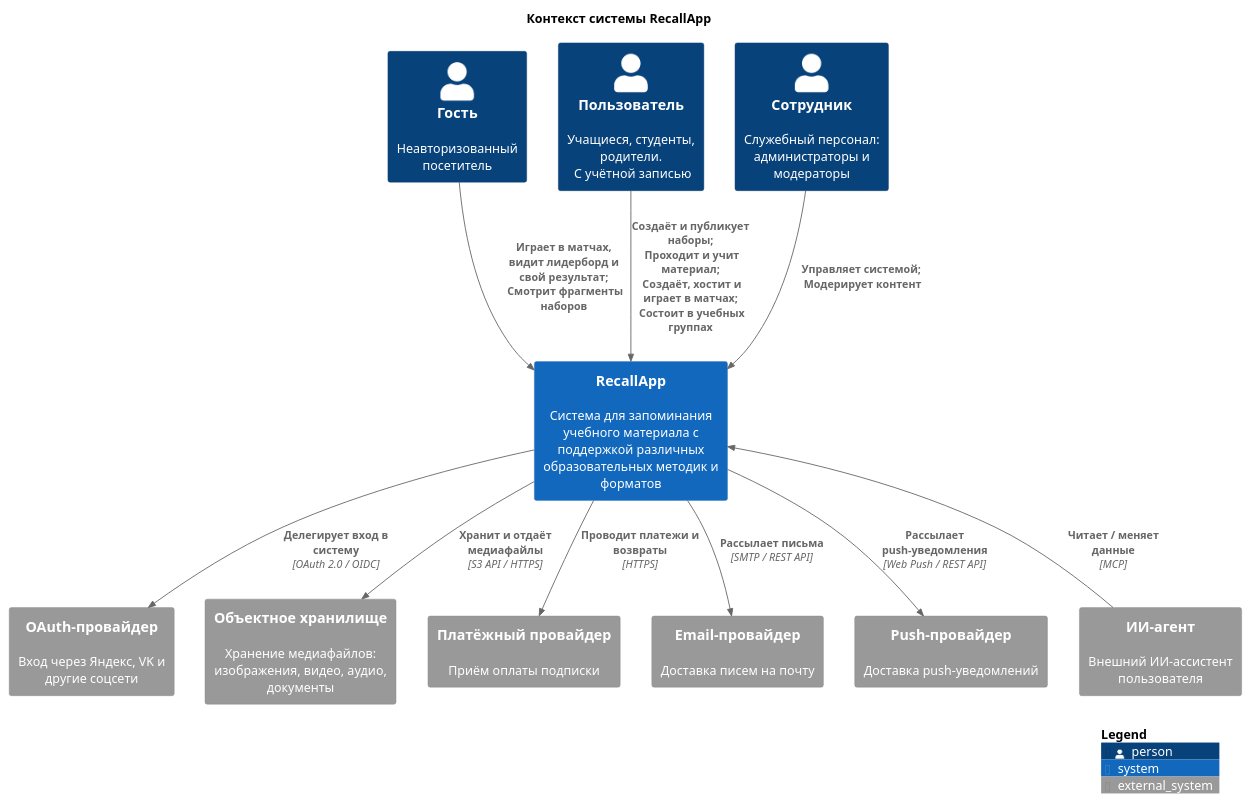
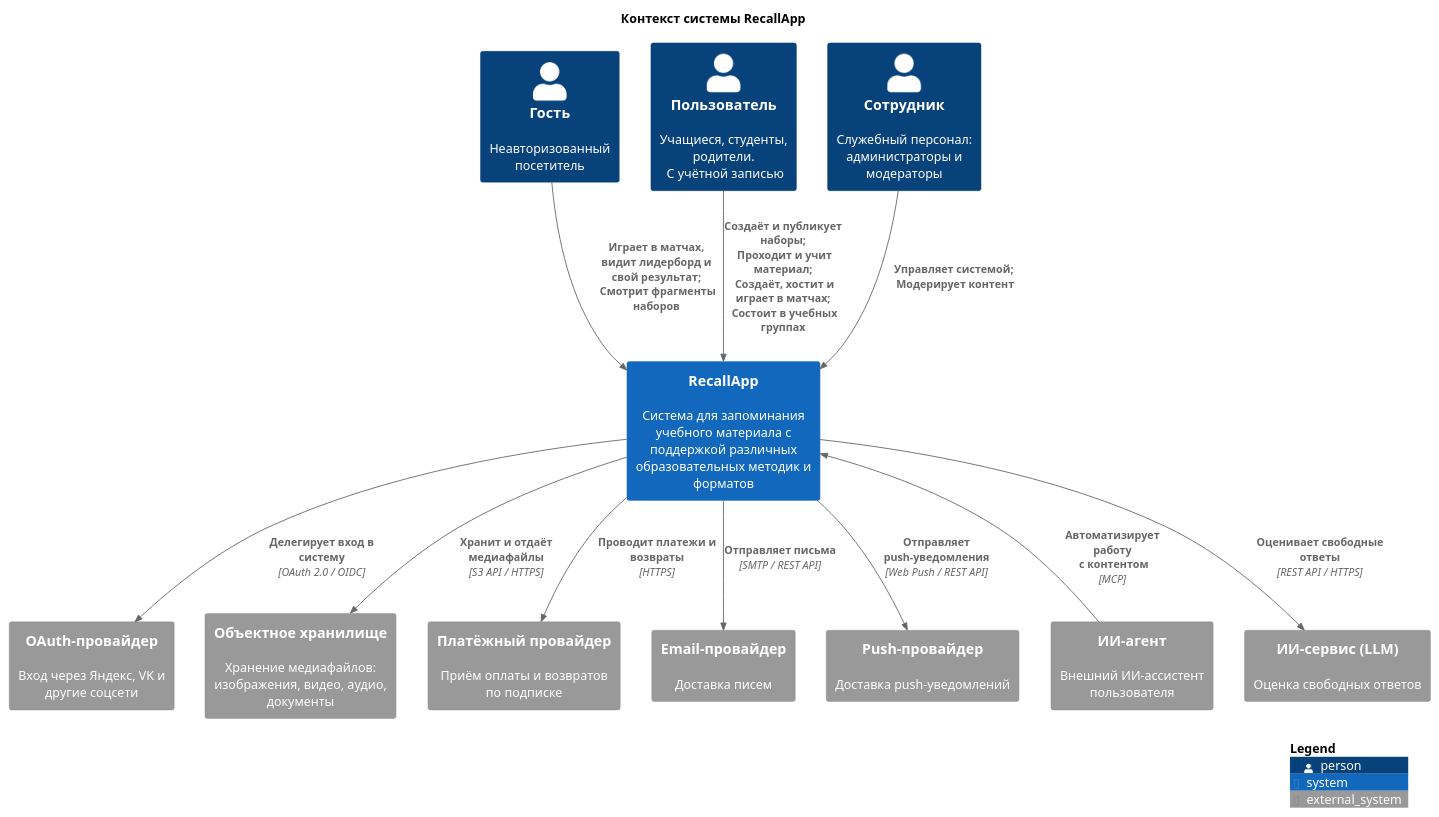
The diagram in RecallApp/docs/diagrams/c4 - context.puml (itacademy-edms-team/24_3_DNDE), drawn with PlantUML before and after one commit.

Commit message:
docs: add mising external system, small rewrites

```diff
--- a/RecallApp/docs/diagrams/c4 - context.puml
+++ b/RecallApp/docs/diagrams/c4 - context.puml
@@ -1,33 +1,35 @@
 @startuml C4 - Context - RecallApp
 title Контекст системы RecallApp
 top to bottom direction
 
 !include <C4/C4_Context>
 
 Person(personGuest, "Гость", "Неавторизованный посетитель")
 Person(personUser, "Пользователь", "Учащиеся, студенты, родители. \n С учётной записью")
 Person(personStaff, "Сотрудник", "Служебный персонал: администраторы и модераторы")
 
 System(systemRecallApp, "RecallApp", "Система для запоминания учебного материала с поддержкой различных образовательных методик и форматов")
 
 System_Ext(extSystemAuth, "OAuth-провайдер", "Вход через Яндекс, VK и другие соцсети")
 System_Ext(extSystemObjectStorage, "Объектное хранилище", "Хранение медиафайлов: изображения, видео, аудио, документы")
-System_Ext(extSystemPaymentGateway, "Платёжный провайдер", "Приём оплаты подписки")
-System_Ext(extSystemEmail, "Email-провайдер", "Доставка писем на почту")
+System_Ext(extSystemPaymentGateway, "Платёжный провайдер", "Приём оплаты и возвратов по подписке")
+System_Ext(extSystemEmail, "Email-провайдер", "Доставка писем")
 System_Ext(extSystemPush, "Push-провайдер", "Доставка push-уведомлений")
 System_Ext(extSystemAiAgent, "ИИ-агент", "Внешний ИИ-ассистент пользователя")
+System_Ext(extSystemLlm, "ИИ-сервис (LLM)", "Оценка свободных ответов")
 
 Rel(personGuest, systemRecallApp, "Играет в матчах, видит лидерборд и свой результат; \n Смотрит фрагменты наборов")
 Rel(personUser, systemRecallApp, "Создаёт и публикует наборы; \n Проходит и учит материал; \n Создаёт, хостит и играет в матчах; \n Состоит в учебных группах")
 Rel(personStaff, systemRecallApp, "Управляет системой; \n Модерирует контент")
 
 Rel(systemRecallApp, extSystemAuth, "Делегирует вход в систему", "OAuth 2.0 / OIDC")
 Rel(systemRecallApp, extSystemObjectStorage, "Хранит и отдаёт медиафайлы", "S3 API / HTTPS")
 Rel(systemRecallApp, extSystemPaymentGateway, "Проводит платежи и возвраты", "HTTPS")
-Rel(systemRecallApp, extSystemEmail, "Рассылает письма", "SMTP / REST API")
-Rel(systemRecallApp, extSystemPush, "Рассылает push-уведомления", "Web Push / REST API")
-Rel_U(extSystemAiAgent, systemRecallApp, "Читает / меняет данные", "MCP")
+Rel(systemRecallApp, extSystemEmail, "Отправляет письма", "SMTP / REST API")
+Rel(systemRecallApp, extSystemPush, "Отправляет push-уведомления", "Web Push / REST API")
+Rel_U(extSystemAiAgent, systemRecallApp, "Автоматизирует работу \n с контентом", "MCP")
+Rel(systemRecallApp, extSystemLlm, "Оценивает свободные ответы", "REST API / HTTPS")
 
 SHOW_LEGEND()
 
 @enduml
```
